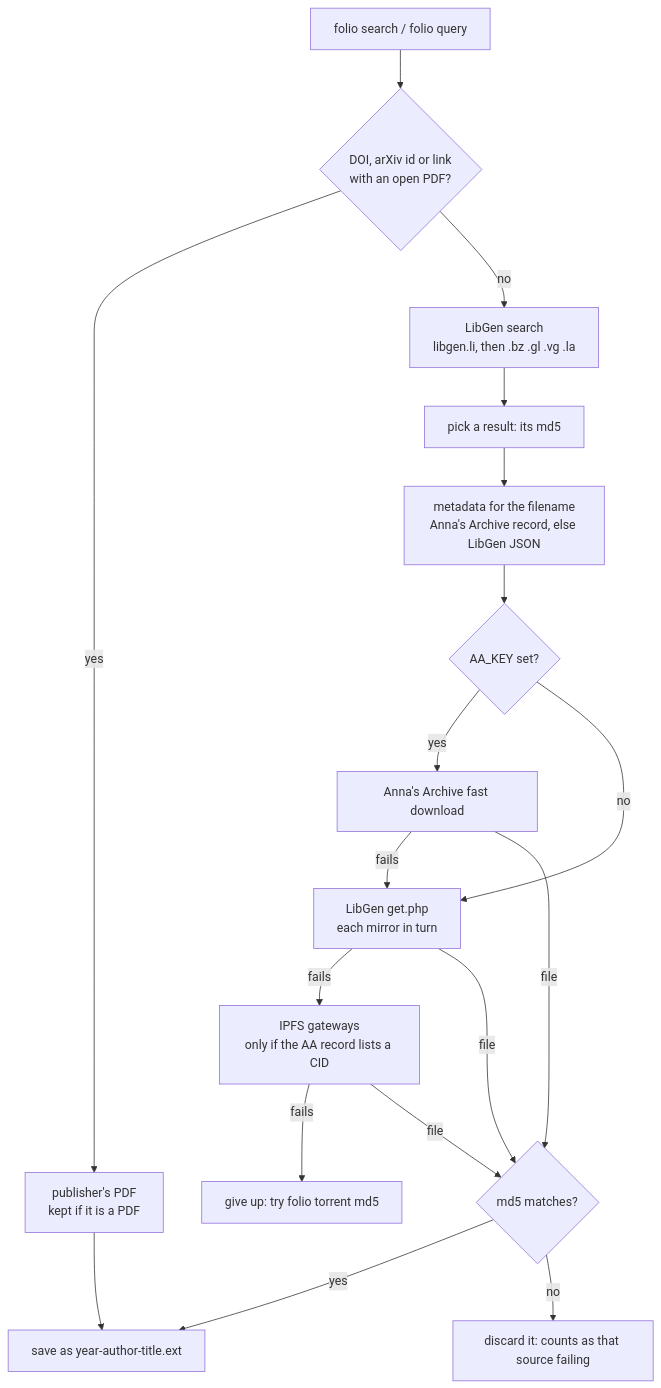
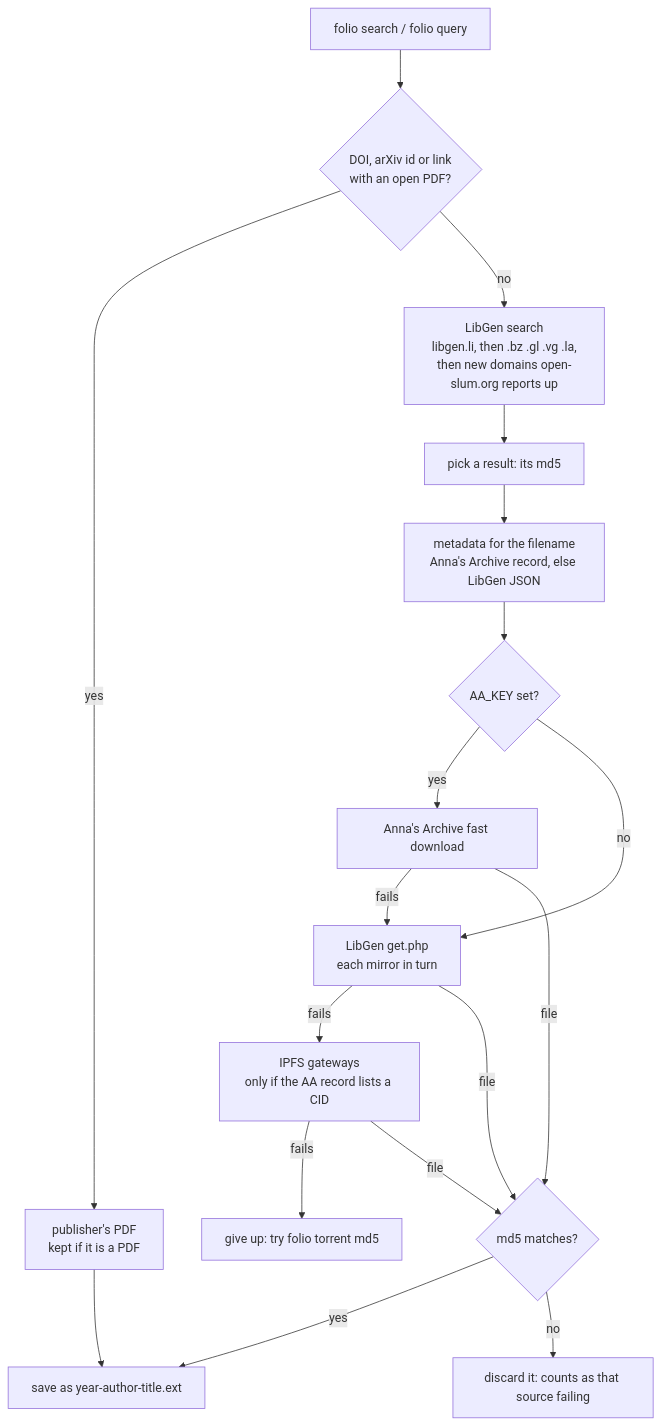
One commit to jonaprieto/folio changed the diagram in README.md. Above: the diagram before and after it, drawn with Mermaid. The commit also changed other lines of this file and 2 other files, not shown here.

First line of the commit message:
feat: find LibGen's new domains through open-slum.org

````diff
--- a/README.md
+++ b/README.md
@@ -133,17 +133,17 @@
 ```mermaid
 flowchart TD
     Q["folio search / folio query"] --> O{"DOI, arXiv id or link<br/>with an open PDF?"}
     O -- yes --> D["publisher's PDF<br/>kept if it is a PDF"] --> F
-    O -- no --> S["LibGen search<br/>libgen.li, then .bz .gl .vg .la"]
+    O -- no --> S["LibGen search<br/>libgen.li, then .bz .gl .vg .la,<br/>then new domains open-slum.org reports up"]
     S --> P["pick a result: its md5"]
     P --> M["metadata for the filename<br/>Anna's Archive record, else LibGen JSON"]
     M --> K{"AA_KEY set?"}
     K -- yes --> A["Anna's Archive fast download"]
     K -- no --> L
     A -- fails --> L["LibGen get.php<br/>each mirror in turn"]
     L -- fails --> I["IPFS gateways<br/>only if the AA record lists a CID"]
     I -- fails --> T["give up: try folio torrent md5"]
     A & L & I -- file --> H{"md5 matches?"}
     H -- yes --> F["save as year-author-title.ext"]
     H -- no --> N["discard it: counts as that source failing"]
 ```
````
